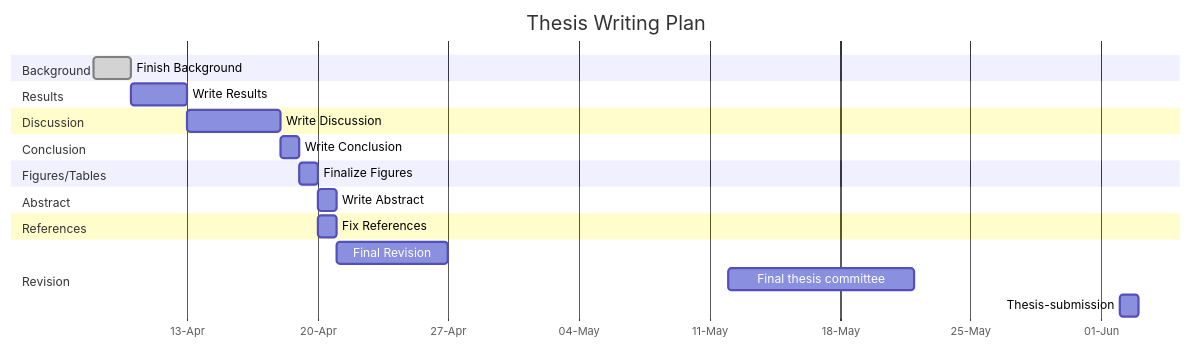
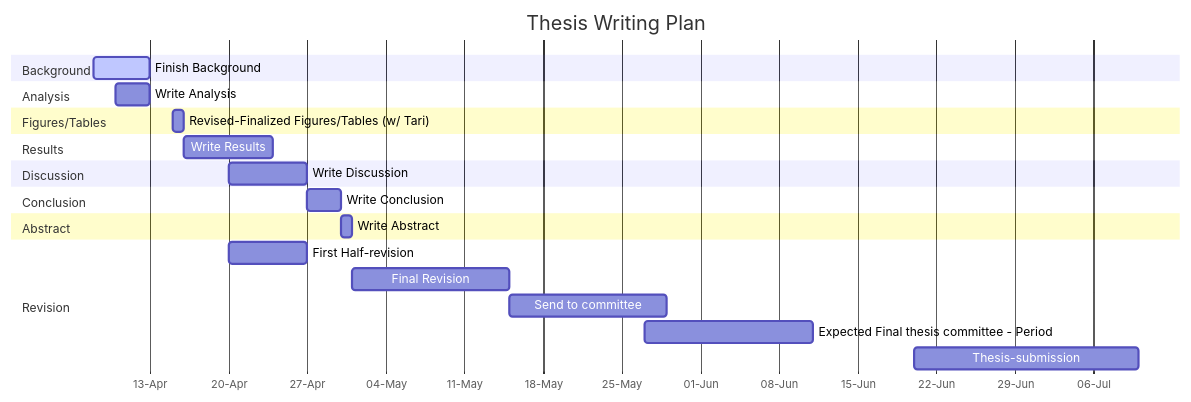
One commit to punyapatmap/education changed the diagram in courses/thesis/thesis-timeline.qmd. Above: the diagram before and after it, drawn with Mermaid. The commit also changed other lines of this file and 1 other file, not shown here.

Commit message:
updated timeline

````diff
--- a/courses/thesis/thesis-timeline.qmd
+++ b/courses/thesis/thesis-timeline.qmd
@@ -11,24 +9,30 @@
 ```{mermaid}
 gantt
     title Thesis Writing Plan
     dateFormat  YYYY-MM-DD
     axisFormat  %d-%b
+    
     section Background
-    Finish Background     :done, bg1, 2025-04-08, 2d
+    Finish Background     :active, bg1, 2025-04-08, 5d
+    section Analysis
+    Write Analysis      :done     an1, 2025-04-10, 3d
+    section Figures/Tables
+    Revised-Finalized Figures/Tables (w/ Tari)      :ft1, 2025-04-15, 1d
     section Results
-    Write Results         :rs1, 2025-04-10, 3d
+    Write Results         :       rs1, after ft1, 8d
+    
     section Discussion
-    Write Discussion      :dc1, 2025-04-13, 5d
+    Write Discussion      :dc1, 2025-04-20, 7d
     section Conclusion
-    Write Conclusion      :cc1, 2025-04-18, 1d
-    section Figures/Tables
-    Finalize Figures      :ft1, 2025-04-19, 1d
+    Write Conclusion      :cc1, 2025-04-27, 3d
     section Abstract
-    Write Abstract        :ab1, 2025-04-20, 0.5d
-    section References
-    Fix References        :rf1, 2025-04-20, 1d
+    Write Abstract        :ab1, 2025-04-30, 0.5d
+
     section Revision
-    Final Revision        :rev1, 2025-04-21, 6d
-    Final thesis committee  :ftc, 2025-05-12, 10d
-    Thesis-submission     :sbm2, 2025-06-2, 1d
+    First Half-revision   :rev1, 2025-04-20, 7d
+    Final Revision        :rev2, after ab1, 14d
+    Send to committee     :sen1, after rev2, 14d
+    
+    Expected Final thesis committee - Period  :ftc, 2025-05-27, 15d
+    Thesis-submission     :sbm2, 2025-06-20, 20d
 ```
````
